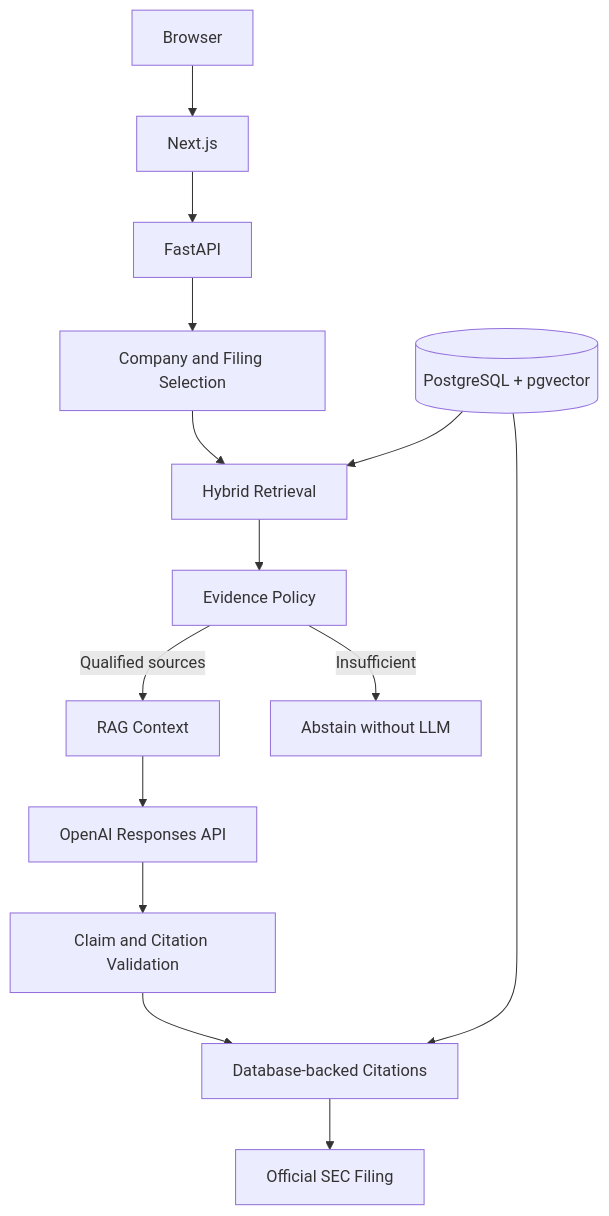
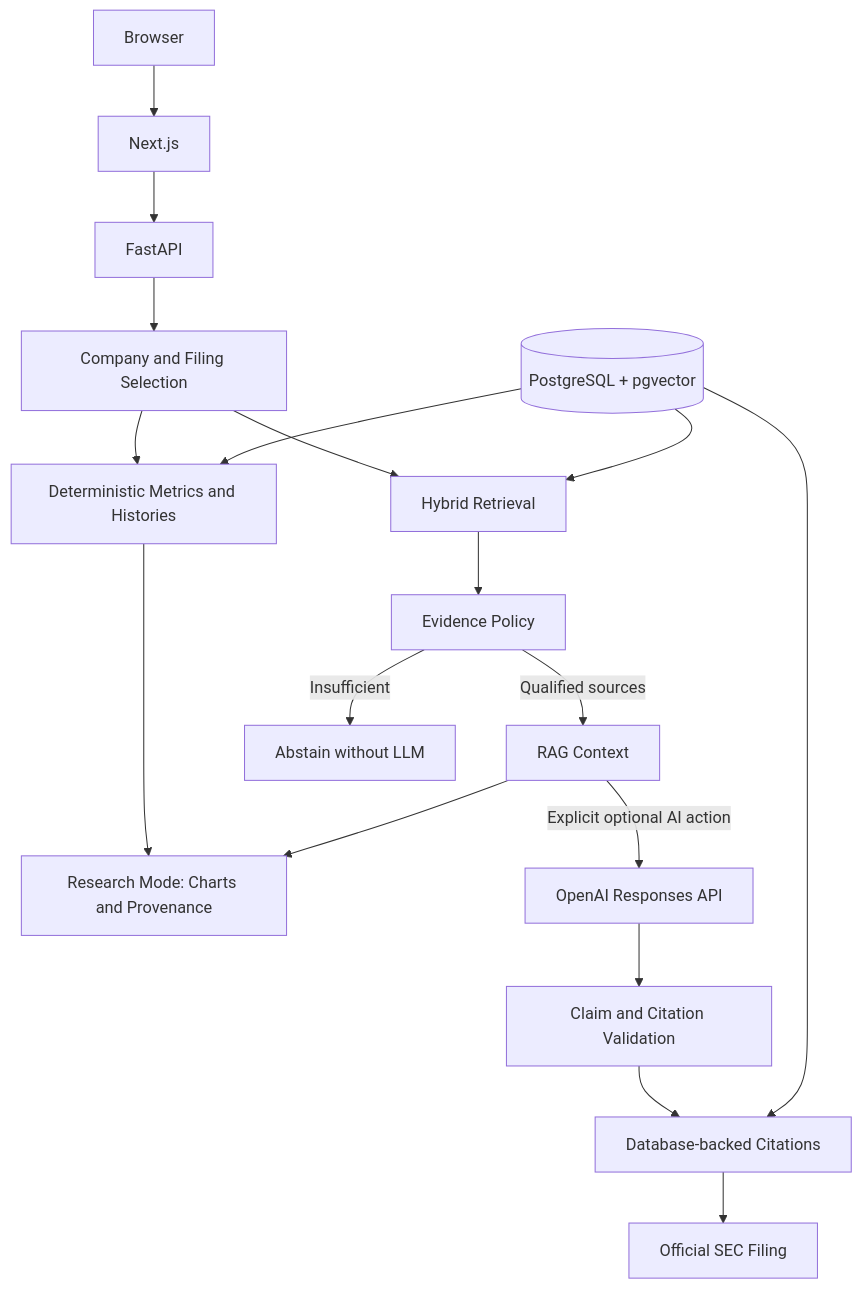
The first of 2 diagrams in README.md (alaniong0118-alt/finlens), drawn with Mermaid before and after one commit. The commit also changed other lines of this file and 25 other files, not shown here.

Commit message:
Add evidence-first Research Mode with financial trends, themes, and mounted regressions

````diff
--- a/README.md
+++ b/README.md
@@ -99,16 +101,20 @@
 ```mermaid
 flowchart TD
     B[Browser] --> N[Next.js]
     N --> A[FastAPI]
     A --> F[Company and Filing Selection]
+    F --> M[Deterministic Metrics and Histories]
+    DB --> M
+    M --> R[Research Mode: Charts and Provenance]
     F --> H[Hybrid Retrieval]
     DB[(PostgreSQL + pgvector)] --> H
     H --> E[Evidence Policy]
     E -->|Qualified sources| C[RAG Context]
+    C --> R
     E -->|Insufficient| I[Abstain without LLM]
-    C --> L[OpenAI Responses API]
+    C -->|Explicit optional AI action| L[OpenAI Responses API]
     L --> V[Claim and Citation Validation]
     V --> D[Database-backed Citations]
     DB --> D
     D --> S[Official SEC Filing]
 ```
````
